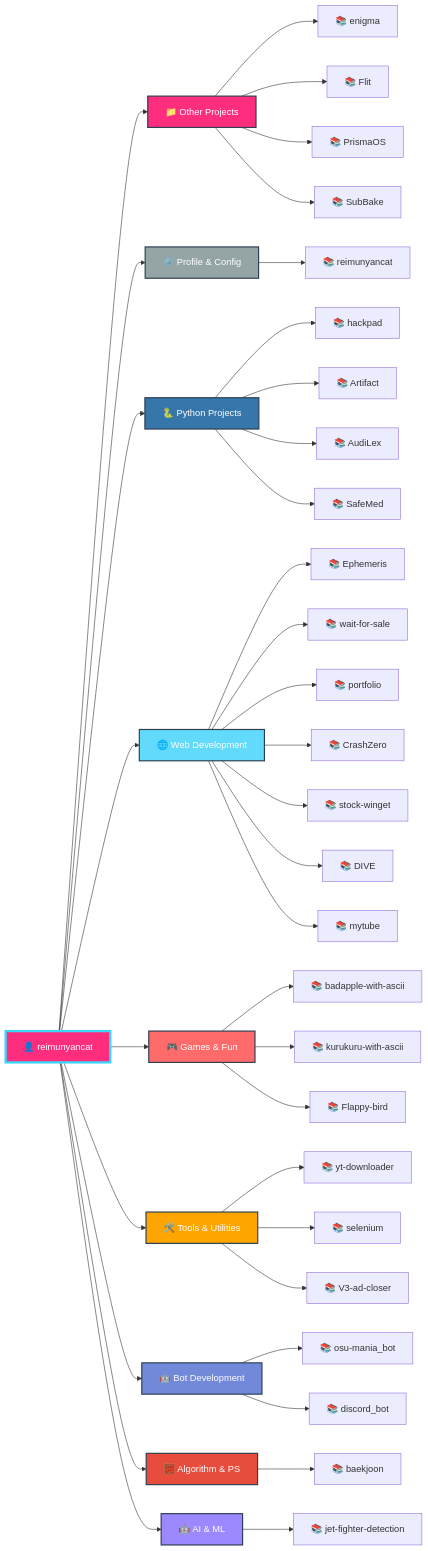
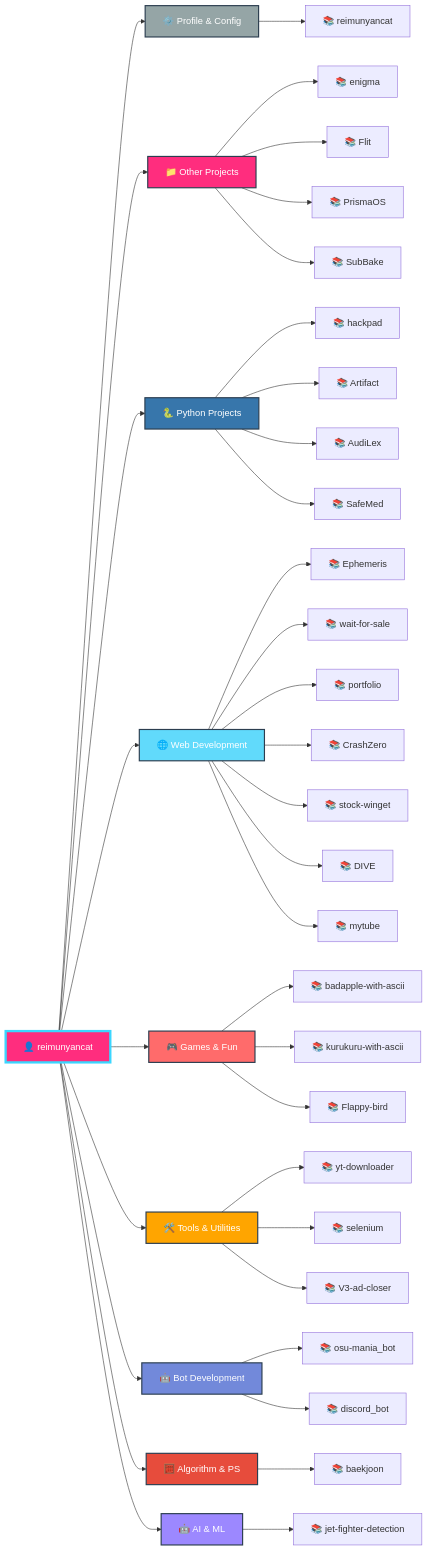
The diagram in README.md (reimunyancat/reimunyancat), drawn with Mermaid before and after one commit.

````diff
--- a/README.md
+++ b/README.md
@@ -159,59 +159,59 @@
 ```mermaid
 graph LR
   A[👤 reimunyancat]
 
-  A --> CAT0[📁 Other Projects]
-  CAT0 --> CAT0_0[📚 enigma]
-  CAT0 --> CAT0_1[📚 Flit]
-  CAT0 --> CAT0_2[📚 PrismaOS]
-  CAT0 --> CAT0_3[📚 SubBake]
+  A --> CAT0[⚙️ Profile & Config]
+  CAT0 --> CAT0_0[📚 reimunyancat]
 
-  A --> CAT1[⚙️ Profile & Config]
-  CAT1 --> CAT1_0[📚 reimunyancat]
+  A --> CAT1[📁 Other Projects]
+  CAT1 --> CAT1_0[📚 enigma]
+  CAT1 --> CAT1_1[📚 Flit]
+  CAT1 --> CAT1_2[📚 PrismaOS]
+  CAT1 --> CAT1_3[📚 SubBake]
 
   A --> CAT2[🐍 Python Projects]
   CAT2 --> CAT2_0[📚 hackpad]
   CAT2 --> CAT2_1[📚 Artifact]
   CAT2 --> CAT2_2[📚 AudiLex]
   CAT2 --> CAT2_3[📚 SafeMed]
 
   A --> CAT3[🌐 Web Development]
   CAT3 --> CAT3_0[📚 Ephemeris]
   CAT3 --> CAT3_1[📚 wait-for-sale]
   CAT3 --> CAT3_2[📚 portfolio]
   CAT3 --> CAT3_3[📚 CrashZero]
   CAT3 --> CAT3_4[📚 stock-winget]
   CAT3 --> CAT3_5[📚 DIVE]
   CAT3 --> CAT3_6[📚 mytube]
 
   A --> CAT4[🎮 Games & Fun]
   CAT4 --> CAT4_0[📚 badapple-with-ascii]
   CAT4 --> CAT4_1[📚 kurukuru-with-ascii]
   CAT4 --> CAT4_2[📚 Flappy-bird]
 
   A --> CAT5[🛠️ Tools & Utilities]
   CAT5 --> CAT5_0[📚 yt-downloader]
   CAT5 --> CAT5_1[📚 selenium]
   CAT5 --> CAT5_2[📚 V3-ad-closer]
 
   A --> CAT6[🤖 Bot Development]
   CAT6 --> CAT6_0[📚 osu-mania_bot]
   CAT6 --> CAT6_1[📚 discord_bot]
 
   A --> CAT7[🧮 Algorithm & PS]
   CAT7 --> CAT7_0[📚 baekjoon]
 
   A --> CAT8[🤖 AI & ML]
   CAT8 --> CAT8_0[📚 jet-fighter-detection]
 
   style A fill:#FF2D7E,stroke:#3BD6FF,stroke-width:4px,color:#fff
-  style CAT0 fill:#FF2D7E,stroke:#2c3e50,stroke-width:2px,color:#fff
-  style CAT1 fill:#95a5a6,stroke:#2c3e50,stroke-width:2px,color:#fff
+  style CAT0 fill:#95a5a6,stroke:#2c3e50,stroke-width:2px,color:#fff
+  style CAT1 fill:#FF2D7E,stroke:#2c3e50,stroke-width:2px,color:#fff
   style CAT2 fill:#3776ab,stroke:#2c3e50,stroke-width:2px,color:#fff
   style CAT3 fill:#61dafb,stroke:#2c3e50,stroke-width:2px,color:#fff
   style CAT4 fill:#ff6b6b,stroke:#2c3e50,stroke-width:2px,color:#fff
   style CAT5 fill:#ffa500,stroke:#2c3e50,stroke-width:2px,color:#fff
   style CAT6 fill:#7289da,stroke:#2c3e50,stroke-width:2px,color:#fff
   style CAT7 fill:#e74c3c,stroke:#2c3e50,stroke-width:2px,color:#fff
   style CAT8 fill:#9c88ff,stroke:#2c3e50,stroke-width:2px,color:#fff
 ```
````
